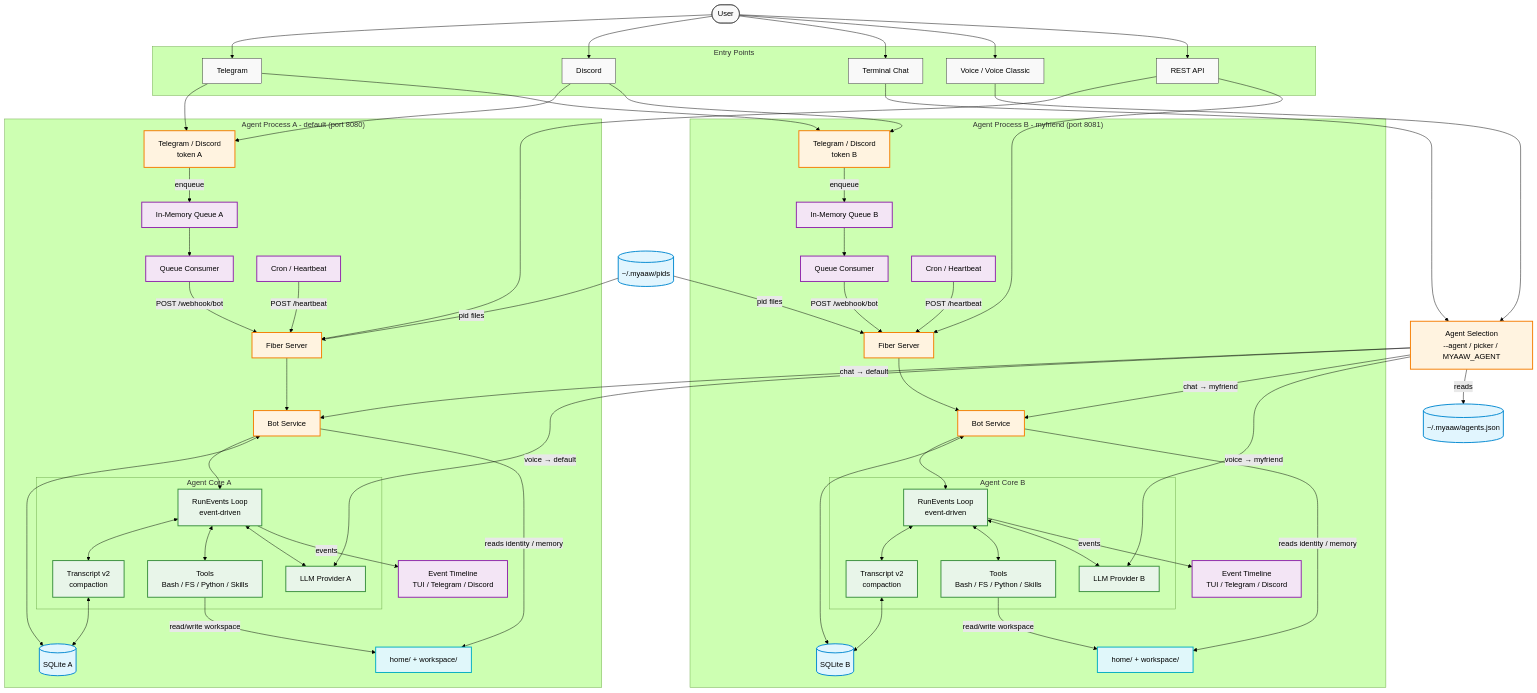
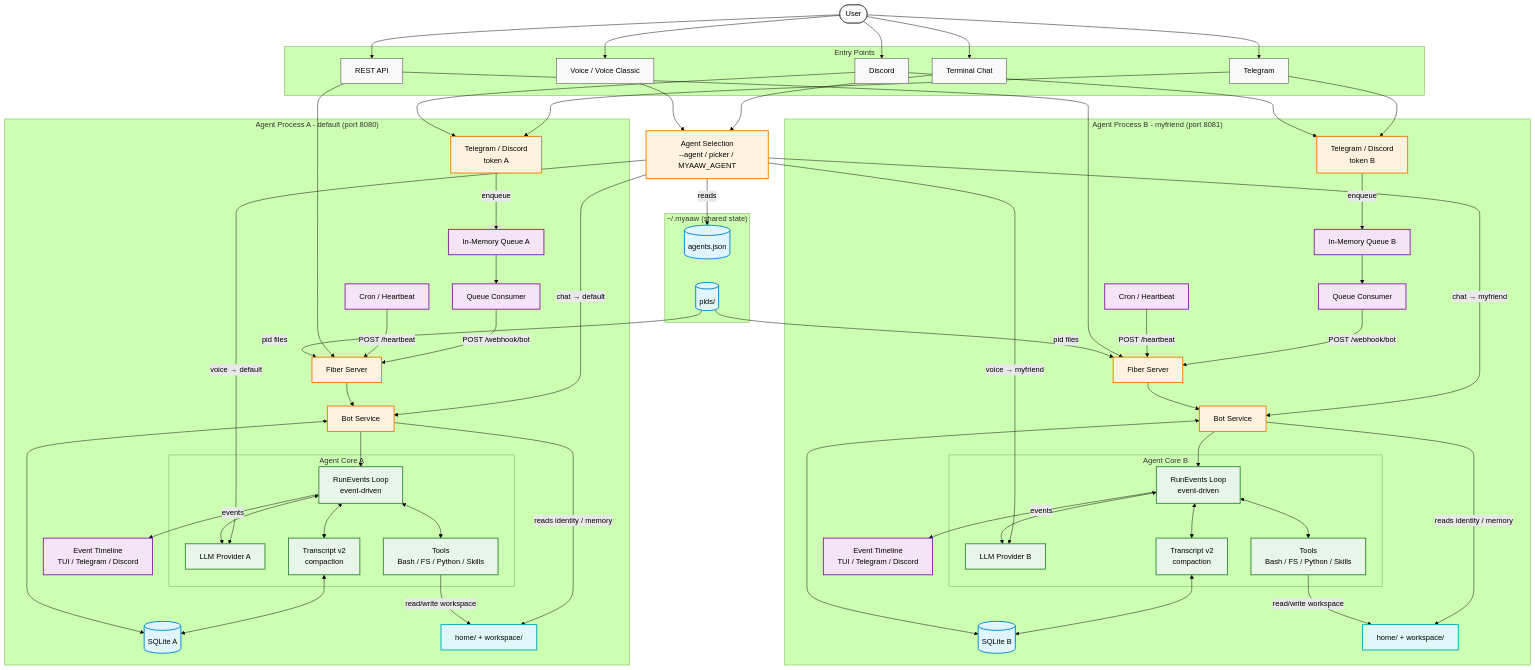
The diagram in README.md (Shiyinq/myaaw), drawn with Mermaid (forest theme) before and after one commit.

Commit message:
docs: group shared agent state in architecture diagram

```diff
--- a/README.md
+++ b/README.md
@@ -77,8 +77,11 @@
     User --> Voice
     User --> API
 
-    REG[(~/.myaaw/agents.json)]
-    PIDS[(~/.myaaw/pids)]
+    subgraph SHARED["~/.myaaw (shared state)"]
+        REG[(agents.json)]
+        PIDS[(pids/)]
+        REG ~~~ PIDS
+    end
 
     SEL[Agent Selection<br/>--agent / picker / MYAAW_AGENT]
     CLI --> SEL
```
